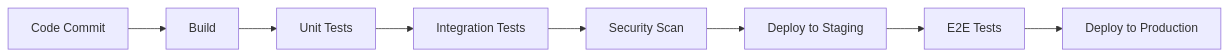
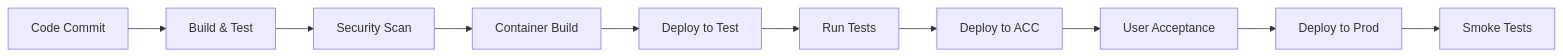
Diagram 12 of 12 in docs/architectuur/templates/SOLUTION_ARCHITECTURE_TEMPLATE.md (Chris-Lehnen-ICT-CONSULTING/Definitie-app-zakelijk), drawn with Mermaid before and after one commit. The commit also changed other lines of this file and 130 other files, not shown here.

First line of the commit message:
refactor: consolidate 89 architecture documents into 3 canonical documents

````diff
--- a/docs/architectuur/templates/SOLUTION_ARCHITECTURE_TEMPLATE.md
+++ b/docs/architectuur/templates/SOLUTION_ARCHITECTURE_TEMPLATE.md
@@ -331,10 +713,12 @@
 ```mermaid
 graph LR
-    A[Code Commit] --> B[Build]
-    B --> C[Unit Tests]
-    C --> D[Integration Tests]
-    D --> E[Security Scan]
-    E --> F[Deploy to Staging]
-    F --> G[E2E Tests]
-    G --> H[Deploy to Production]
+    CODE[Code Commit] --> BUILD[Build & Test]
+    BUILD --> SCAN[Security Scan]
+    SCAN --> PACKAGE[Container Build]
+    PACKAGE --> DEPLOY_TEST[Deploy to Test]
+    DEPLOY_TEST --> TEST[Run Tests]
+    TEST --> DEPLOY_ACC[Deploy to ACC]
+    DEPLOY_ACC --> UAT[User Acceptance]
+    UAT --> DEPLOY_PROD[Deploy to Prod]
+    DEPLOY_PROD --> VERIFY[Smoke Tests]
 ```
````
